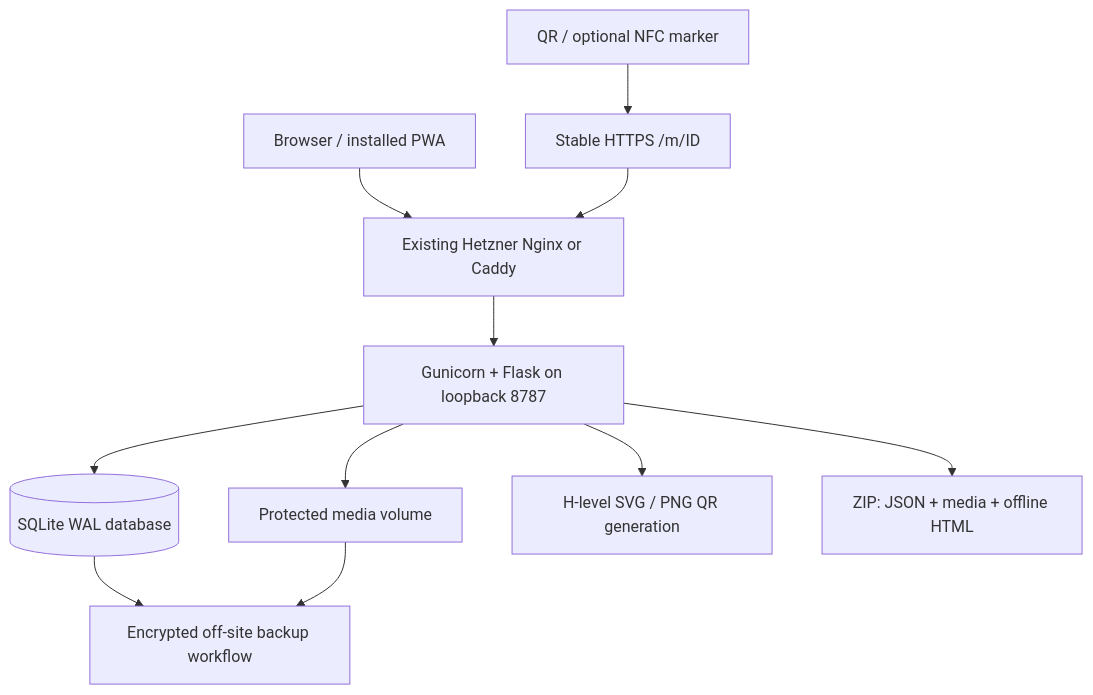
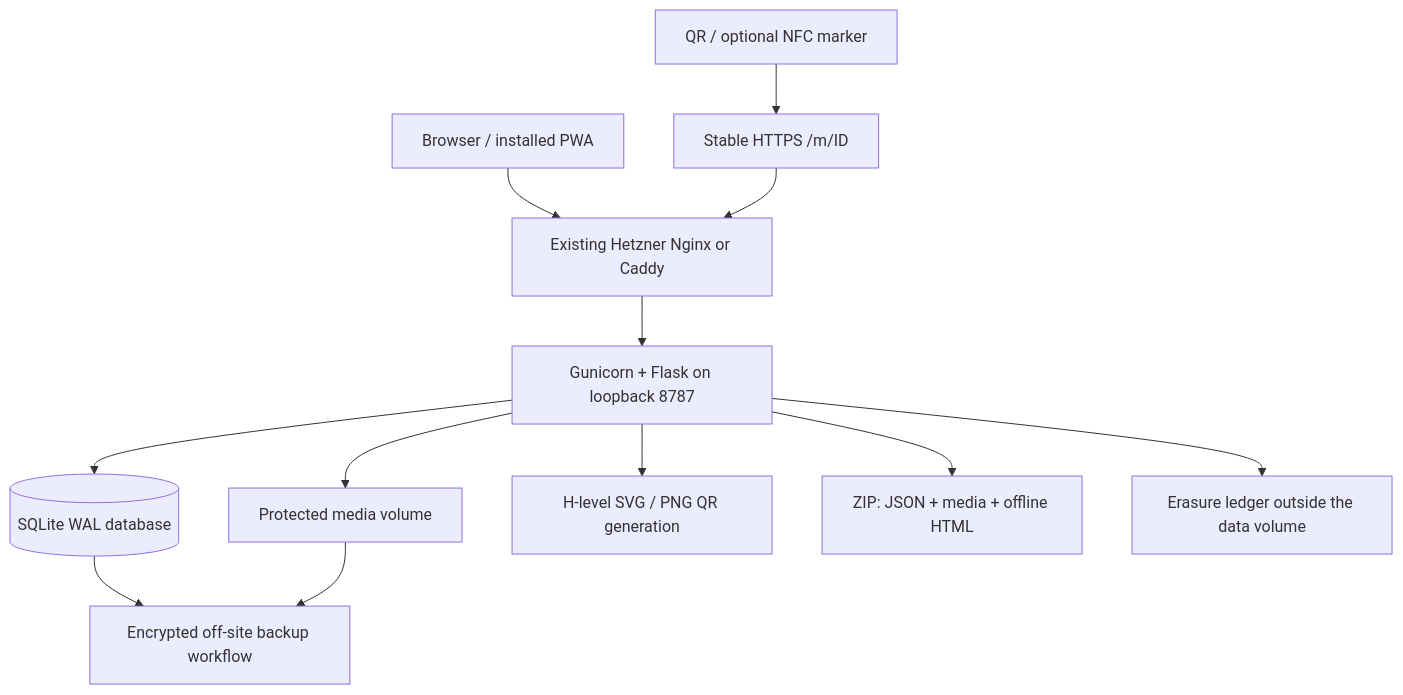
Before and after one commit to 9x25dillon/The_St: the diagram in remembrance/docs/ARCHITECTURE.md, drawn with Mermaid. The commit also changed other lines of this file and 19 other files, not shown here.

````diff
--- a/remembrance/docs/ARCHITECTURE.md
+++ b/remembrance/docs/ARCHITECTURE.md
@@ -9,13 +9,14 @@
 ```mermaid
 flowchart TB
     Marker[QR / optional NFC marker] --> URL[Stable HTTPS /m/ID]
     Browser[Browser / installed PWA] --> Proxy[Existing Hetzner Nginx or Caddy]
     URL --> Proxy
     Proxy --> App[Gunicorn + Flask on loopback 8787]
     App --> DB[(SQLite WAL database)]
     App --> Files[Protected media volume]
     App --> QR[H-level SVG / PNG QR generation]
     App --> Export[ZIP: JSON + media + offline HTML]
+    App --> Ledger[Erasure ledger outside the data volume]
     DB --> Backup[Encrypted off-site backup workflow]
     Files --> Backup
 ```
````
